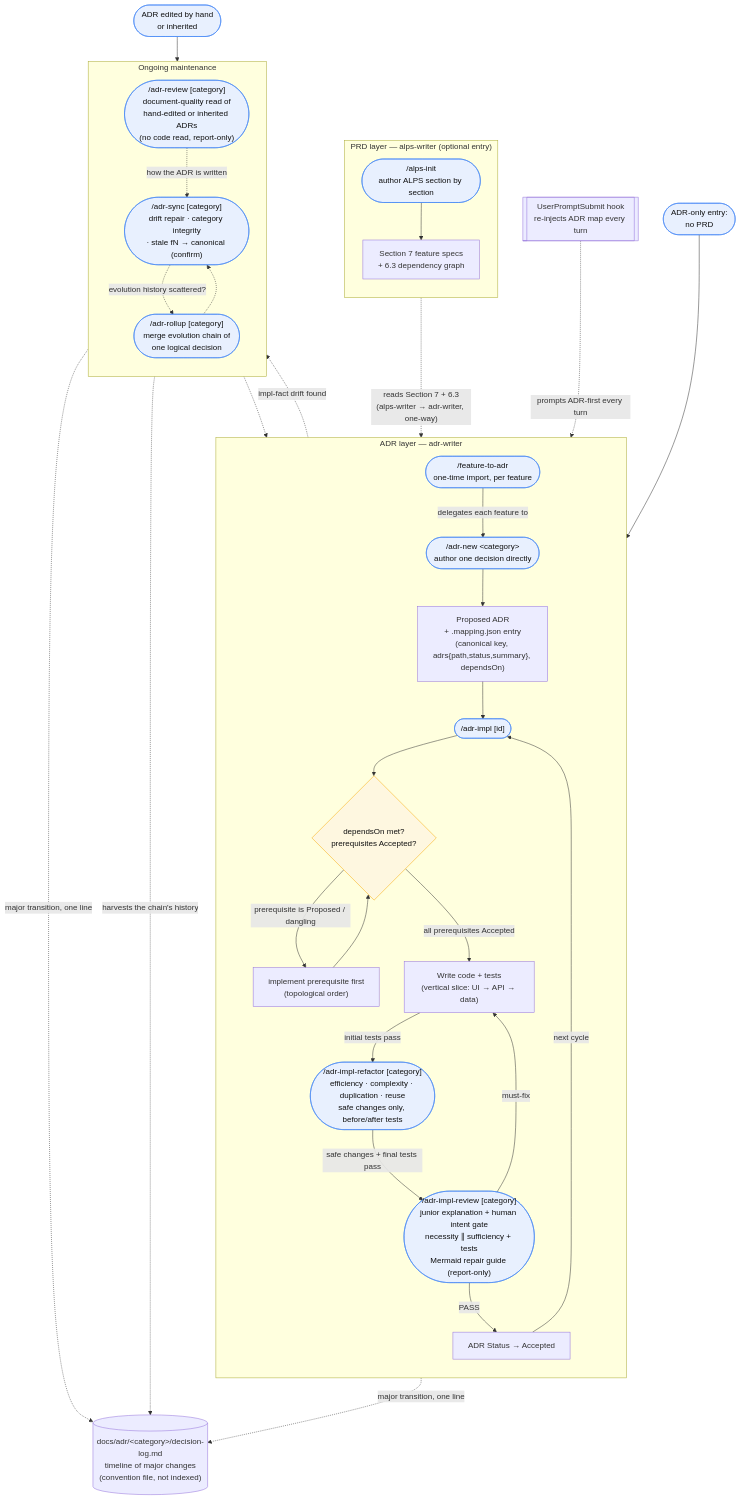
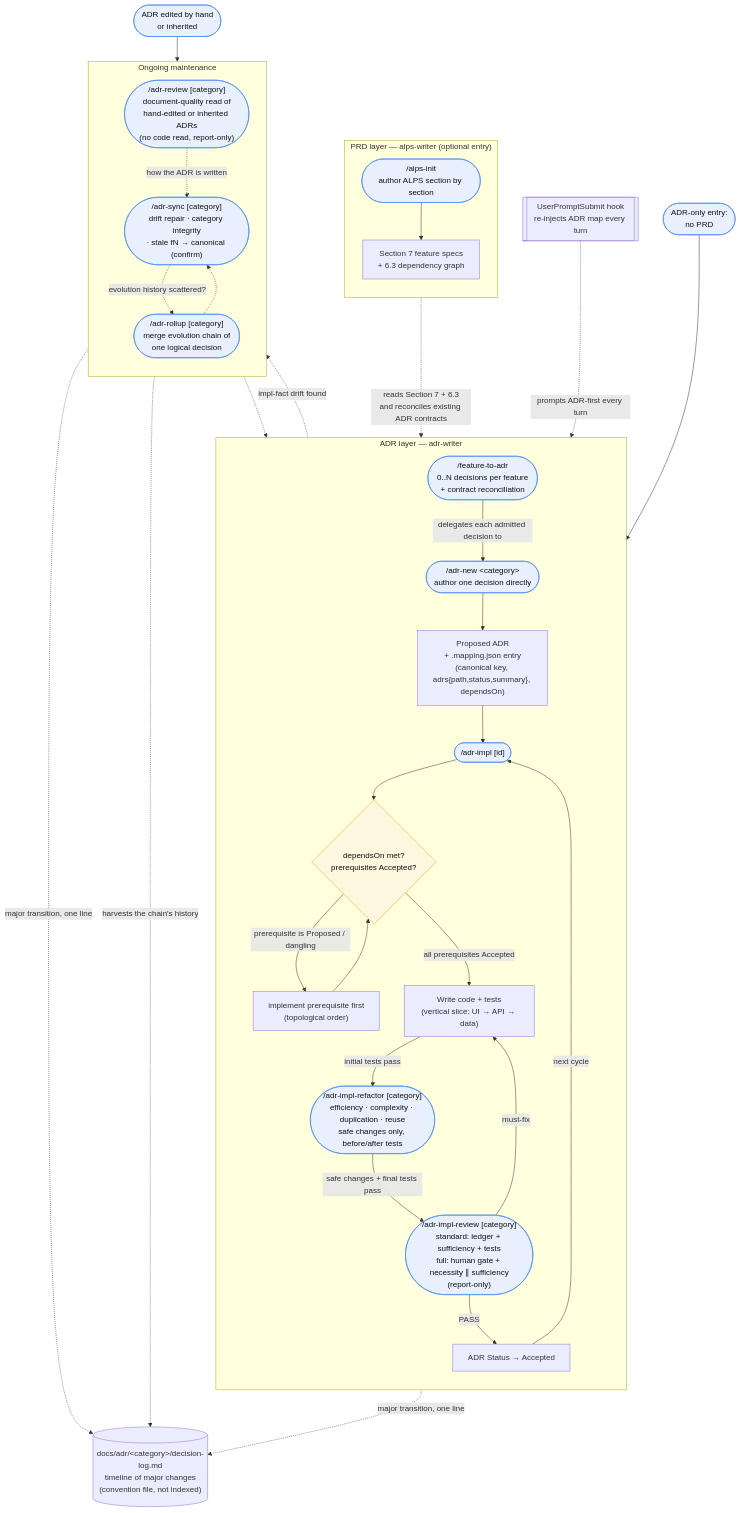
Before and after one commit to haandol/alps-writer-mcp: the second of 2 diagrams in docs/usage.md, drawn with Mermaid. The commit also changed other lines of this file and 59 other files, not shown here.

````diff
--- a/docs/usage.md
+++ b/docs/usage.md
@@ -32,63 +32,63 @@
 ```mermaid
 flowchart TD
     subgraph prd["PRD layer — alps-writer (optional entry)"]
         direction TB
         Init(["/alps-init<br/>author ALPS section by section"])
         S7["Section 7 feature specs<br/>+ 6.3 dependency graph"]
         Init --> S7
     end
 
     subgraph adr["ADR layer — adr-writer"]
         direction TB
-        F2A(["/feature-to-adr<br/>one-time import, per feature"])
+        F2A(["/feature-to-adr<br/>0..N decisions per feature<br/>+ contract reconciliation"])
         New(["/adr-new &lt;category&gt;<br/>author one decision directly"])
         Proposed["Proposed ADR<br/>+ .mapping.json entry<br/>(canonical key, adrs{path,status,summary}, dependsOn)"]
         Impl(["/adr-impl [id]"])
         Gate{"dependsOn met?<br/>prerequisites Accepted?"}
         Code["Write code + tests<br/>(vertical slice: UI → API → data)"]
         Refactor(["/adr-impl-refactor [category]<br/>efficiency · complexity · duplication · reuse<br/>safe changes only, before/after tests"])
-        Review(["/adr-impl-review [category]<br/>junior explanation + human intent gate<br/>necessity ∥ sufficiency + tests<br/>Mermaid repair guide (report-only)"])
+        Review(["/adr-impl-review [category]<br/>standard: ledger + sufficiency + tests<br/>full: human gate + necessity ∥ sufficiency<br/>(report-only)"])
         Accepted["ADR Status → Accepted"]
 
-        F2A -->|delegates each feature to| New
+        F2A -->|delegates each admitted decision to| New
         New --> Proposed
         Proposed --> Impl
         Impl --> Gate
         Gate -->|prerequisite is Proposed / dangling| PrereqFirst["implement prerequisite first<br/>(topological order)"]
         PrereqFirst --> Gate
         Gate -->|all prerequisites Accepted| Code
         Code -->|initial tests pass| Refactor
         Refactor -->|safe changes + final tests pass| Review
         Review -->|PASS| Accepted
         Review -->|must-fix| Code
     end
 
     subgraph maint["Ongoing maintenance"]
         direction TB
         Sync(["/adr-sync [category]<br/>drift repair · category integrity<br/>· stale fN → canonical (confirm)"])
         Rollup(["/adr-rollup [category]<br/>merge evolution chain of<br/>one logical decision"])
         DocRev(["/adr-review [category]<br/>document-quality read of<br/>hand-edited or inherited ADRs<br/>(no code read, report-only)"])
     end
 
     Hook[["UserPromptSubmit hook<br/>re-injects ADR map every turn"]]
     Log[("docs/adr/&lt;category&gt;/decision-log.md<br/>timeline of major changes<br/>(convention file, not indexed)")]
 
-    S7 -.->|"reads Section 7 + 6.3<br/>(alps-writer → adr-writer, one-way)"| F2A
+    S7 -.->|"reads Section 7 + 6.3<br/>and reconciles existing ADR contracts"| F2A
     Start(["ADR-only entry:<br/>no PRD"]) --> New
     Review -.->|impl-fact drift found| Sync
     Sync -.-> Review
     Accepted -->|next cycle| Impl
     Sync -.->|evolution history scattered?| Rollup
     Rollup -.-> Sync
     Hand(["ADR edited by hand<br/>or inherited"]) --> DocRev
     DocRev -.->|"how the ADR is written"| Sync
     Hook -.->|prompts ADR-first every turn| Impl
     Impl -.->|"major transition, one line"| Log
     Sync -.->|"major transition, one line"| Log
     Rollup -.->|"harvests the chain's history"| Log
 
     classDef cmd fill:#e8f0fe,stroke:#4285f4,color:#111;
     classDef gate fill:#fef7e0,stroke:#f9ab00,color:#111;
     class Init,F2A,New,Impl,Refactor,Review,Sync,Rollup,DocRev,Start,Hand cmd;
     class Gate gate;
 ```
````
